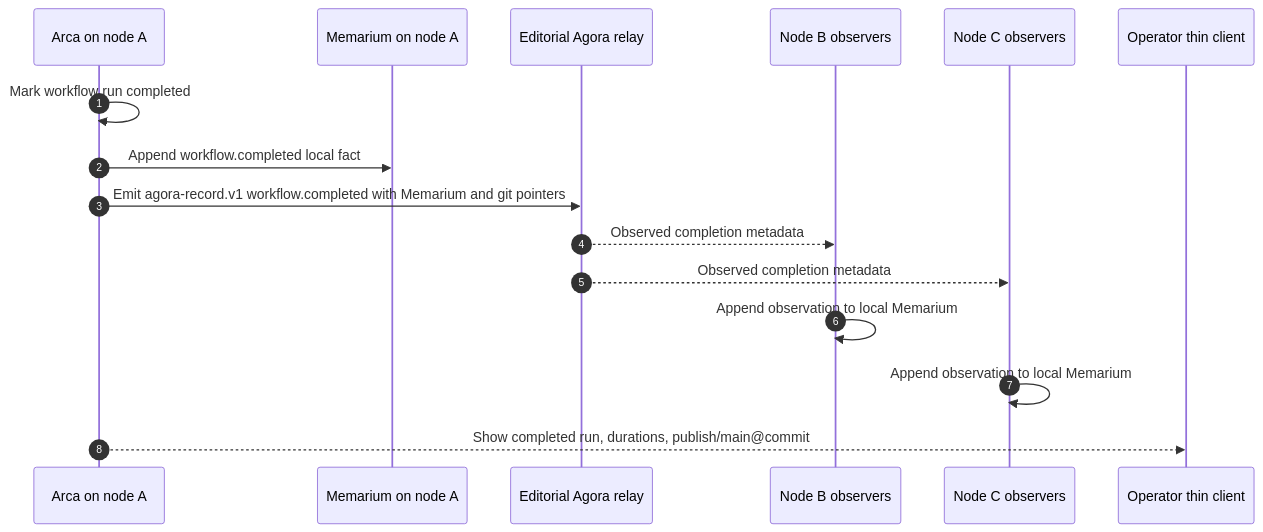
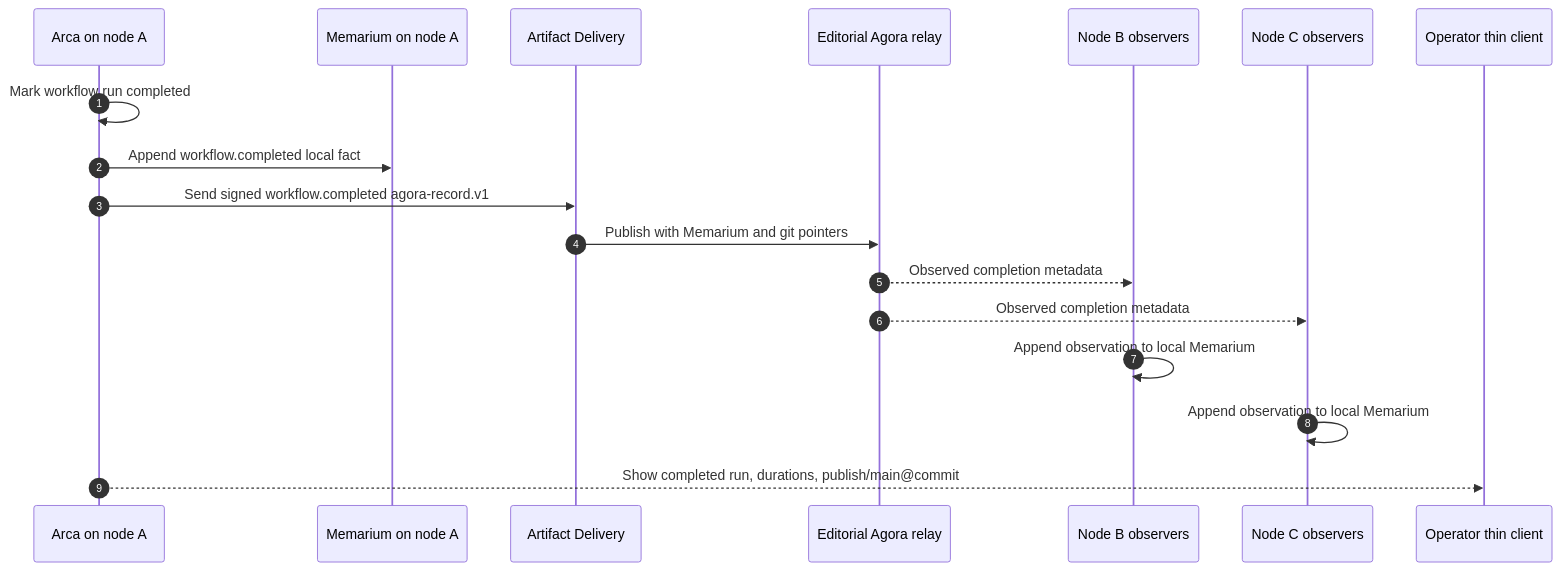
Before and after one commit to diapod/orbidocs: the fifth of 5 diagrams in doc/project/30-stories/story-009-bielik-blog-arca.md, drawn with Mermaid. The commit also changed other lines of this file and 3 other files, not shown here.

Commit message:
Artifact Delivery / INAC: diagrams updated

````diff
--- a/doc/project/30-stories/story-009-bielik-blog-arca.md
+++ b/doc/project/30-stories/story-009-bielik-blog-arca.md
@@ -1205,19 +1209,21 @@
 ```mermaid
 sequenceDiagram
     autonumber
     participant ArcaA as Arca on node A
     participant MemariumA as Memarium on node A
+    participant AD as Artifact Delivery
     participant AgoraRelay as Editorial Agora relay
     participant NodeB as Node B observers
     participant NodeC as Node C observers
     participant Operator as Operator thin client
 
     ArcaA->>ArcaA: Mark workflow run completed
     ArcaA->>MemariumA: Append workflow.completed local fact
-    ArcaA->>AgoraRelay: Emit agora-record.v1 workflow.completed with Memarium and git pointers
+    ArcaA->>AD: Send signed workflow.completed agora-record.v1
+    AD->>AgoraRelay: Publish with Memarium and git pointers
     AgoraRelay-->>NodeB: Observed completion metadata
     AgoraRelay-->>NodeC: Observed completion metadata
     NodeB->>NodeB: Append observation to local Memarium
     NodeC->>NodeC: Append observation to local Memarium
     ArcaA-->>Operator: Show completed run, durations, publish/main@commit
 ```
````
